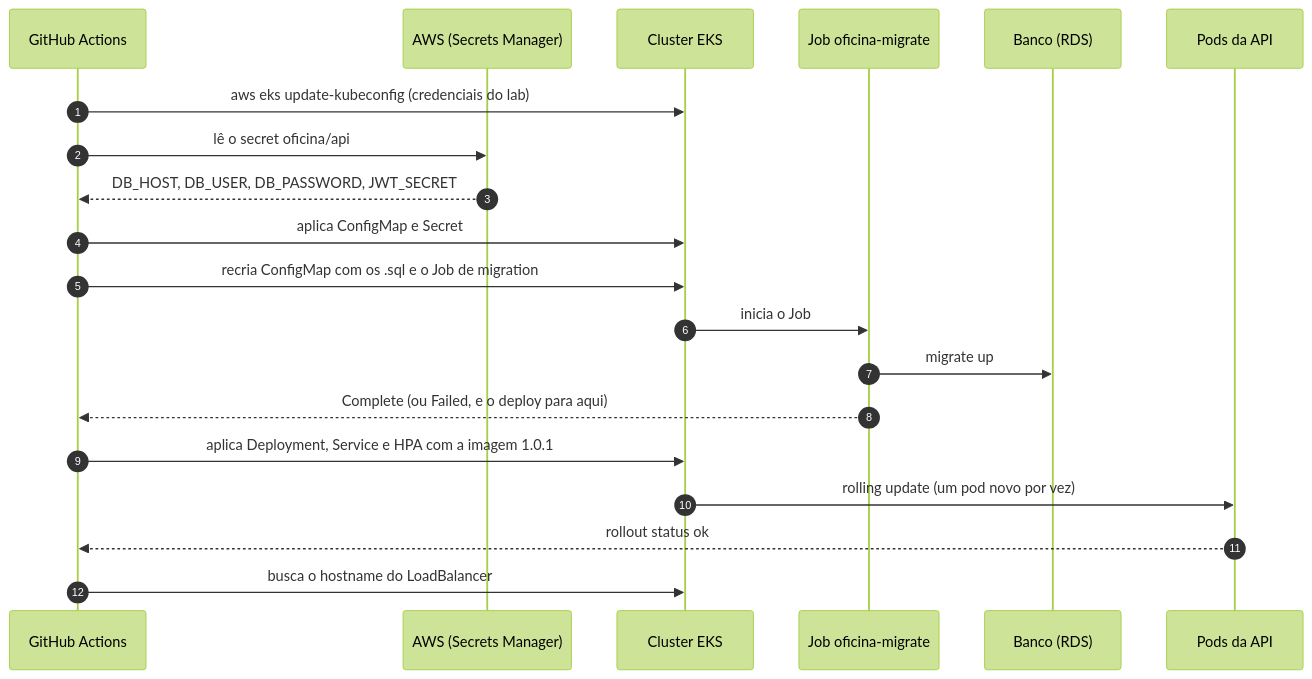
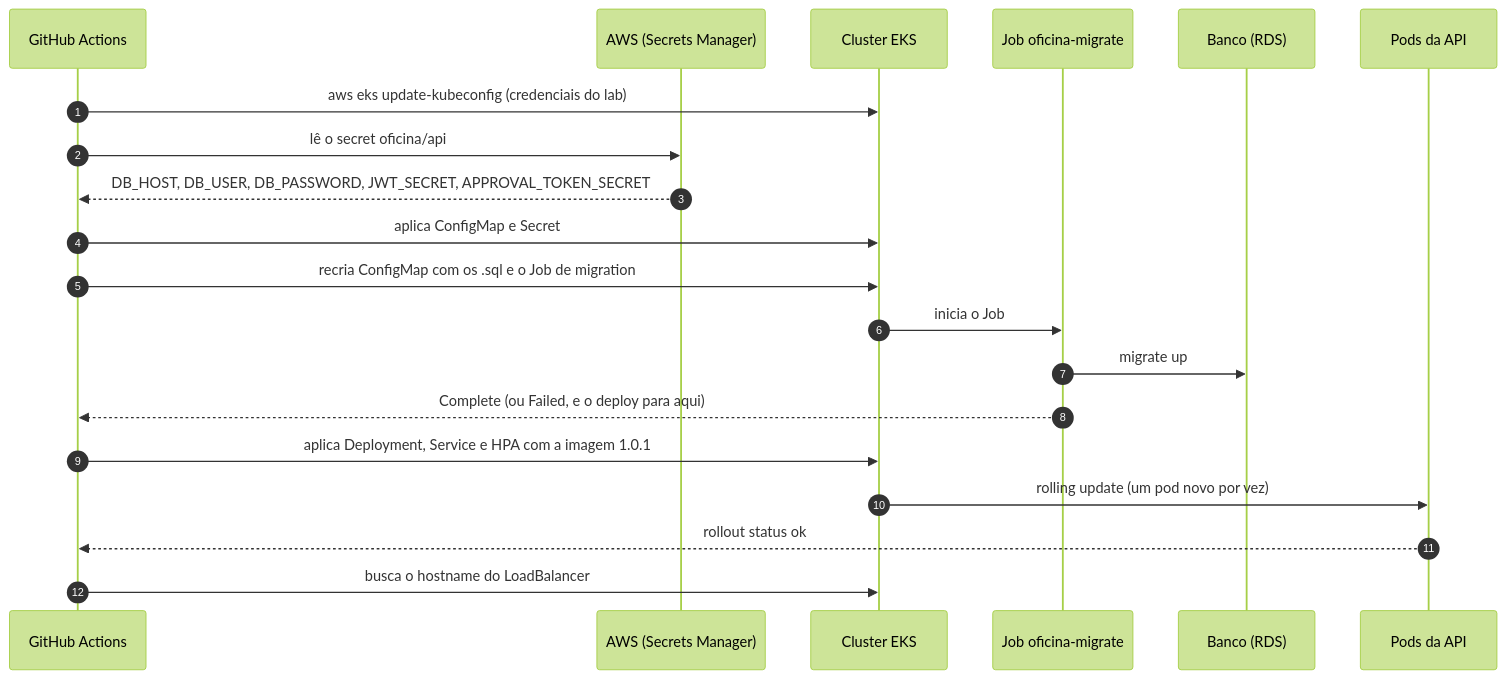
Before and after one commit to muriloperosa/soat-architecture: the fourth of 4 diagrams in docs/CI_CD.md, drawn with Mermaid (forest theme). The commit also changed other lines of this file and 8 other files, not shown here.

Commit message:
feat: adiciona suporte ao APPROVAL_TOKEN_SECRET e atualiza documentação sobre links de aprovação

````diff
--- a/docs/CI_CD.md
+++ b/docs/CI_CD.md
@@ -201,23 +201,23 @@
 ```mermaid
 sequenceDiagram
     autonumber
     participant GH as GitHub Actions
     participant AWS as AWS (Secrets Manager)
     participant K as Cluster EKS
     participant J as Job oficina-migrate
     participant DB as Banco (RDS)
     participant API as Pods da API
 
     GH->>K: aws eks update-kubeconfig (credenciais do lab)
     GH->>AWS: lê o secret oficina/api
-    AWS-->>GH: DB_HOST, DB_USER, DB_PASSWORD, JWT_SECRET
+    AWS-->>GH: DB_HOST, DB_USER, DB_PASSWORD, JWT_SECRET, APPROVAL_TOKEN_SECRET
     GH->>K: aplica ConfigMap e Secret
     GH->>K: recria ConfigMap com os .sql e o Job de migration
     K->>J: inicia o Job
     J->>DB: migrate up
     J-->>GH: Complete (ou Failed, e o deploy para aqui)
     GH->>K: aplica Deployment, Service e HPA com a imagem 1.0.1
     K->>API: rolling update (um pod novo por vez)
     API-->>GH: rollout status ok
     GH->>K: busca o hostname do LoadBalancer
 ```
````
